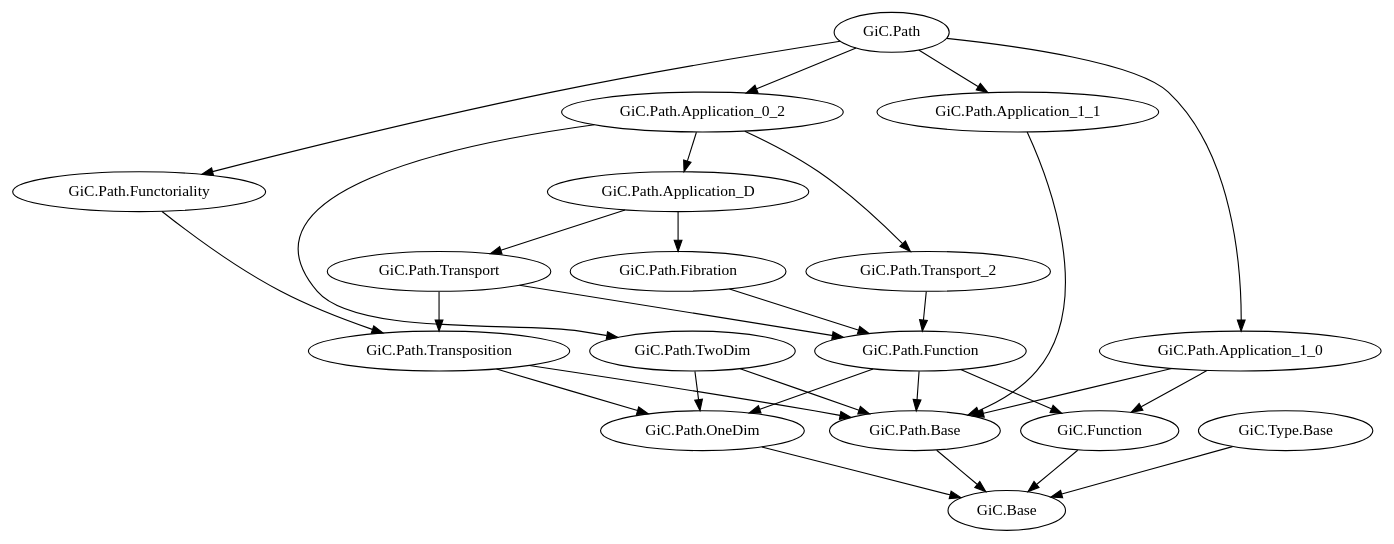
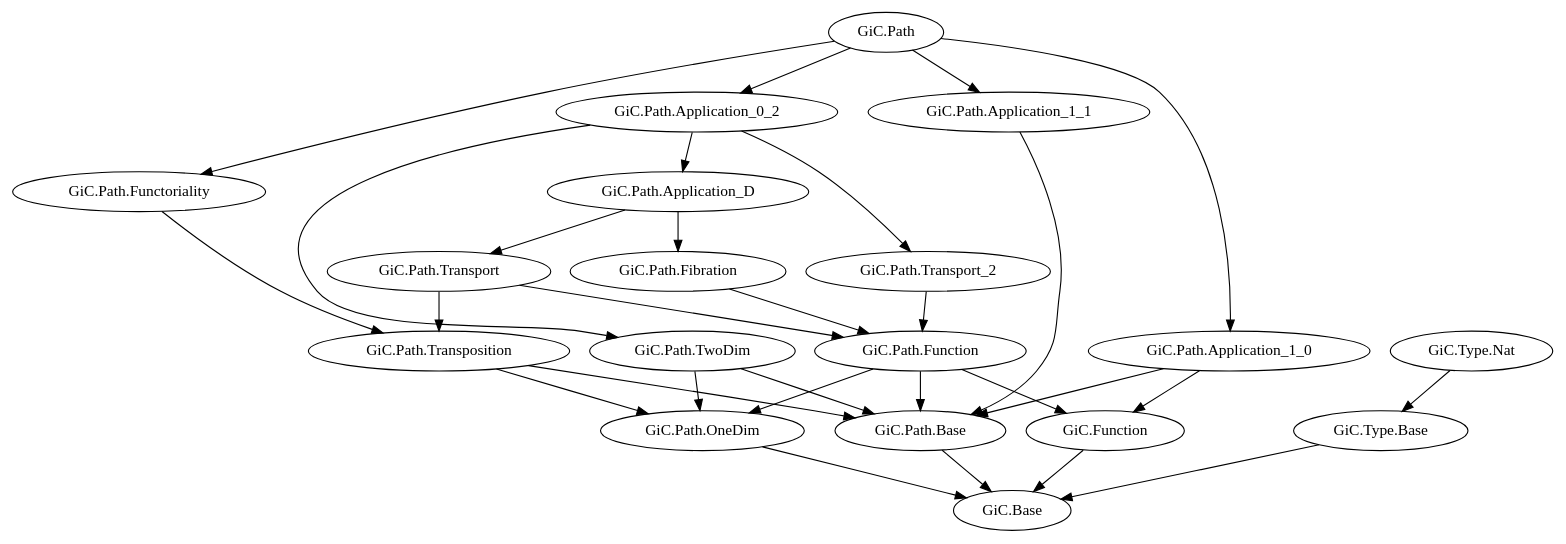
The diagram in documents/libraries-tred.gv (Hexirp/googology-in-coq), drawn with Graphviz before and after one commit. The commit also changed 5 other files, not shown here.

First line of the commit message:
Add: GiC.Type.Nat を

```diff
--- a/documents/libraries-tred.gv
+++ b/documents/libraries-tred.gv
@@ -1,63 +1,66 @@
 digraph dependency_graph_tred {
   # GiC.Base
 
   # GiC.Function
   "GiC.Function" -> "GiC.Base";
 
   # GiC.Path.Base
   "GiC.Path.Base" -> "GiC.Base";
 
   # GiC.Path.OneDim
   "GiC.Path.OneDim" -> "GiC.Base";
 
   # GiC.Path.Function
   "GiC.Path.Function" -> "GiC.Function";
   "GiC.Path.Function" -> "GiC.Path.Base";
   "GiC.Path.Function" -> "GiC.Path.OneDim";
 
   # GiC.Path.TwoDim
   "GiC.Path.TwoDim" -> "GiC.Path.Base";
   "GiC.Path.TwoDim" -> "GiC.Path.OneDim";
 
   # GiC.Path.Transposition
   "GiC.Path.Transposition" -> "GiC.Path.Base";
   "GiC.Path.Transposition" -> "GiC.Path.OneDim";
 
   # GiC.Path.Functoriality
   "GiC.Path.Functoriality" -> "GiC.Path.Transposition";
 
   # GiC.Path.Application_1_0
   "GiC.Path.Application_1_0" -> "GiC.Function";
   "GiC.Path.Application_1_0" -> "GiC.Path.Base";
 
   # GiC.Path.Application_1_1
   "GiC.Path.Application_1_1" -> "GiC.Path.Base";
 
   # GiC.Path.Transport
   "GiC.Path.Transport" -> "GiC.Path.Function";
   "GiC.Path.Transport" -> "GiC.Path.Transposition";
 
   # GiC.Path.Fibration
   "GiC.Path.Fibration" -> "GiC.Path.Function";
 
   # GiC.Path.Transport_2
   "GiC.Path.Transport_2" -> "GiC.Path.Function";
 
   # GiC.Path.Application_D
   "GiC.Path.Application_D" -> "GiC.Path.Transport";
   "GiC.Path.Application_D" -> "GiC.Path.Fibration";
 
   # GiC.Path.Application_0_2
   "GiC.Path.Application_0_2" -> "GiC.Path.TwoDim";
   "GiC.Path.Application_0_2" -> "GiC.Path.Transport_2";
   "GiC.Path.Application_0_2" -> "GiC.Path.Application_D";
 
   # GiC.Path
   "GiC.Path" -> "GiC.Path.Functoriality";
   "GiC.Path" -> "GiC.Path.Application_1_0";
   "GiC.Path" -> "GiC.Path.Application_1_1";
   "GiC.Path" -> "GiC.Path.Application_0_2";
 
   # GiC.Type.Base
   "GiC.Type.Base" -> "GiC.Base";
+
+  # GiC.Type.Nat
+  "GiC.Type.Nat" -> "GiC.Type.Base";
 }
```
